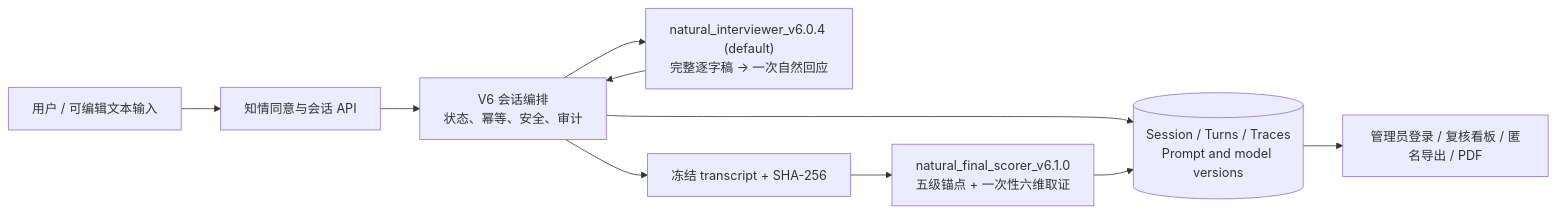
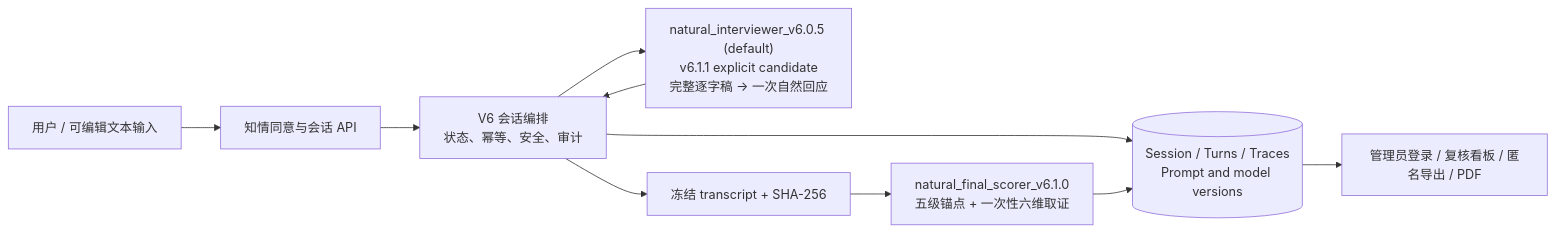
Before and after one commit to aBcDd-zm/critical-thinking-assessment-v6: the first of 2 diagrams in docs/ARCHITECTURE.md, drawn with Mermaid. The commit also changed other lines of this file and 26 other files, not shown here.

````diff
--- a/docs/ARCHITECTURE.md
+++ b/docs/ARCHITECTURE.md
@@ -5,12 +5,12 @@
 ```mermaid
 flowchart LR
     U["用户 / 可编辑文本输入"] --> C["知情同意与会话 API"]
     C --> S["V6 会话编排\n状态、幂等、安全、审计"]
-    S --> I["natural_interviewer_v6.0.4 (default)\n完整逐字稿 → 一次自然回应"]
+    S --> I["natural_interviewer_v6.0.5 (default)\nv6.1.1 explicit candidate\n完整逐字稿 → 一次自然回应"]
     I --> S
     S --> D[("Session / Turns / Traces\nPrompt and model versions")]
     S --> F["冻结 transcript + SHA-256"]
     F --> R["natural_final_scorer_v6.1.0\n五级锚点 + 一次性六维取证"]
     R --> D
     D --> A["管理员登录 / 复核看板 / 匿名导出 / PDF"]
 ```
````
